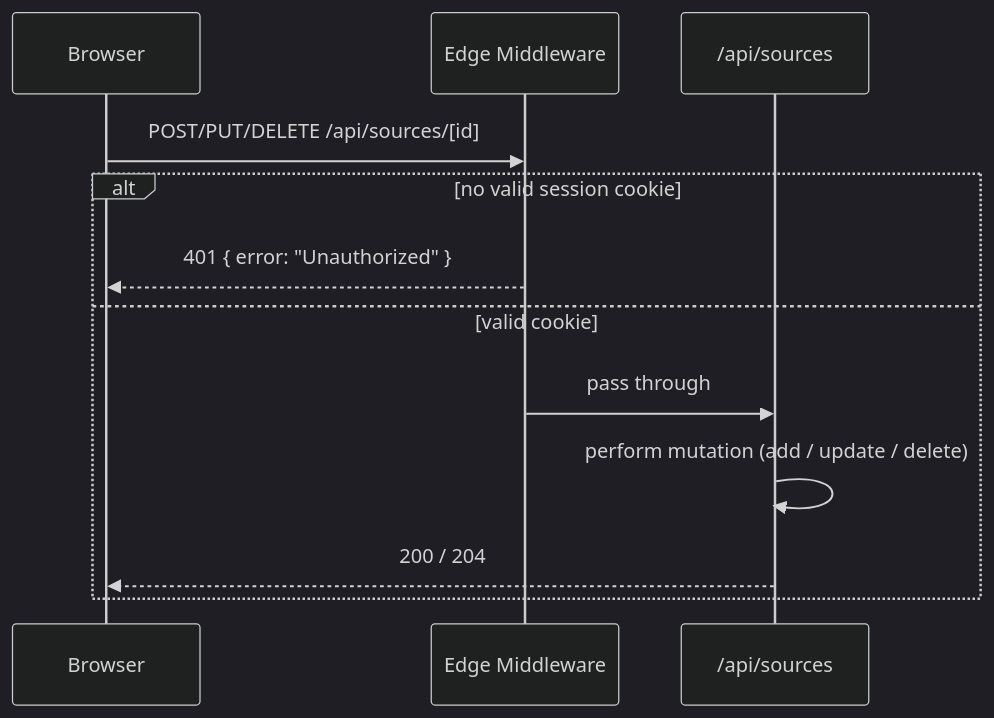
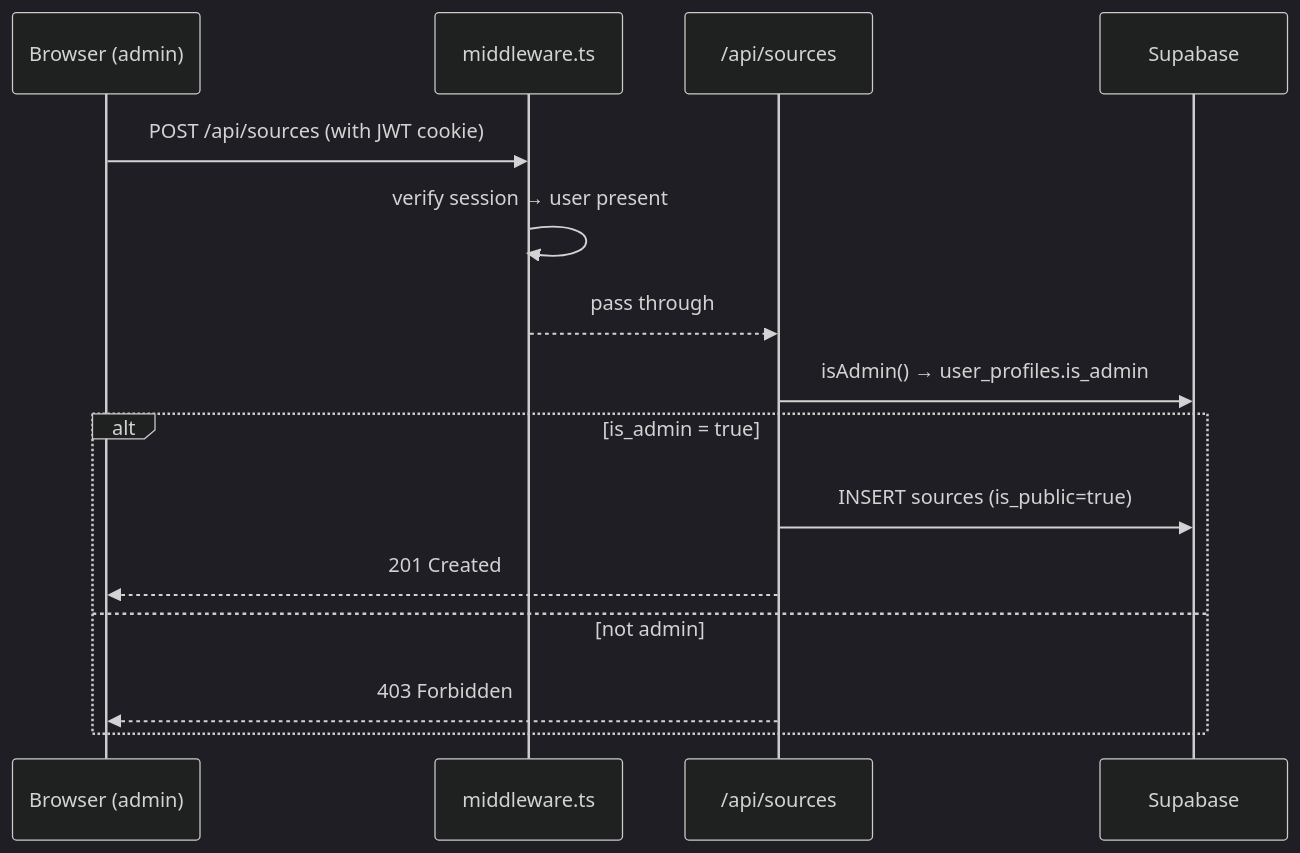
Before and after one commit to vtghub/PodcastsSummarizer: the eighth of 8 diagrams in docs/request-workflow.md, drawn with Mermaid (dark theme). The commit also changed other lines of this file and 3 other files, not shown here.

First line of the commit message:
docs: update architecture and workflow diagrams post-PR #31-33

````diff
--- a/docs/request-workflow.md
+++ b/docs/request-workflow.md
@@ -146,16 +200,18 @@
 ```mermaid
 sequenceDiagram
-    participant B as Browser
-    participant MW as Edge Middleware
+    participant B as Browser (admin)
+    participant MW as middleware.ts
     participant API as /api/sources
+    participant DB as Supabase
 
-    B->>MW: POST/PUT/DELETE /api/sources/[id]
-
-    alt no valid session cookie
-        MW-->>B: 401 { error: "Unauthorized" }
-    else valid cookie
-        MW->>API: pass through
-        API->>API: perform mutation (add / update / delete)
-        API-->>B: 200 / 204
+    B->>MW: POST /api/sources (with JWT cookie)
+    MW->>MW: verify session → user present
+    MW-->>API: pass through
+    API->>DB: isAdmin() → user_profiles.is_admin
+    alt is_admin = true
+        API->>DB: INSERT sources (is_public=true)
+        API-->>B: 201 Created
+    else not admin
+        API-->>B: 403 Forbidden
     end
 ```
````
